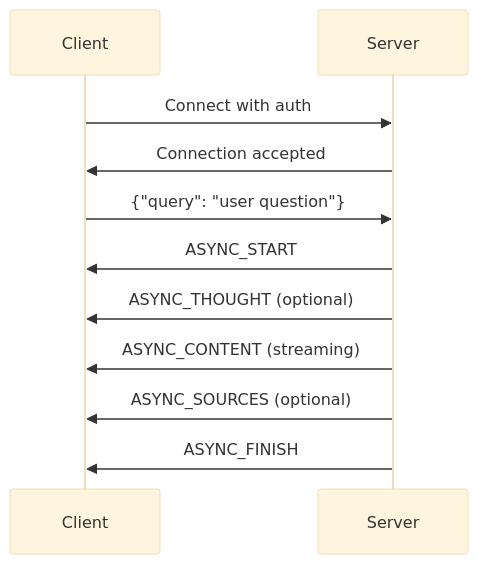
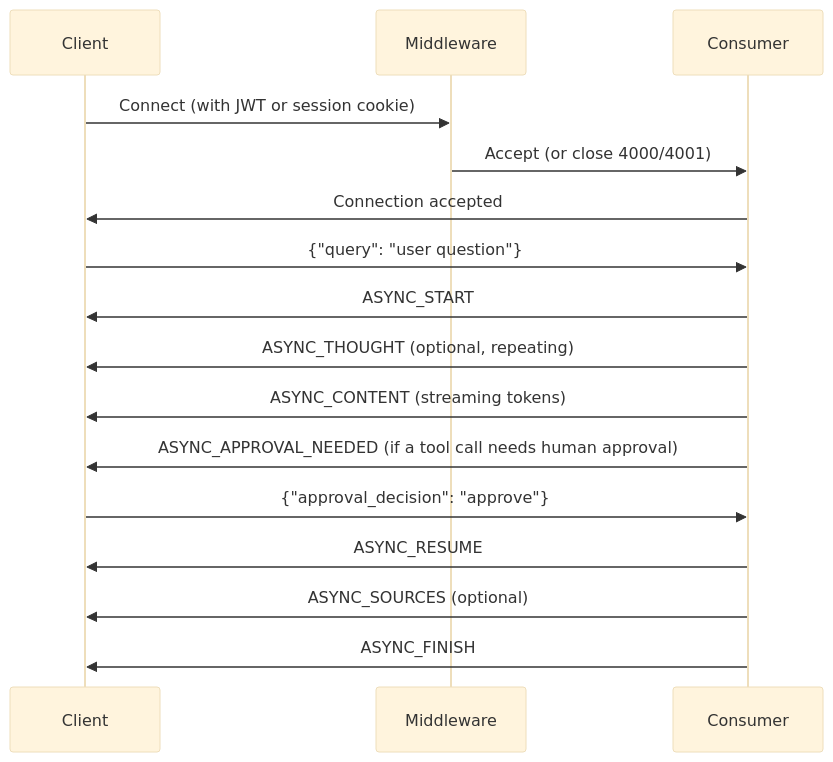
Before and after one commit to baichuanping/OpenContracts: the diagram in docs/architecture/websocket/protocol.md, drawn with Mermaid (base theme). The commit also changed other lines of this file and 15 other files, not shown here.

````diff
--- a/docs/architecture/websocket/protocol.md
+++ b/docs/architecture/websocket/protocol.md
@@ -120,11 +98,15 @@
 ```mermaid
 sequenceDiagram
-    Client->>Server: Connect with auth
-    Server->>Client: Connection accepted
-    Client->>Server: {"query": "user question"}
-    Server->>Client: ASYNC_START
-    Server->>Client: ASYNC_THOUGHT (optional)
-    Server->>Client: ASYNC_CONTENT (streaming)
-    Server->>Client: ASYNC_SOURCES (optional)
-    Server->>Client: ASYNC_FINISH
+    Client->>Middleware: Connect (with JWT or session cookie)
+    Middleware->>Consumer: Accept (or close 4000/4001)
+    Consumer->>Client: Connection accepted
+    Client->>Consumer: {"query": "user question"}
+    Consumer->>Client: ASYNC_START
+    Consumer->>Client: ASYNC_THOUGHT (optional, repeating)
+    Consumer->>Client: ASYNC_CONTENT (streaming tokens)
+    Consumer->>Client: ASYNC_APPROVAL_NEEDED (if a tool call needs human approval)
+    Client->>Consumer: {"approval_decision": "approve"}
+    Consumer->>Client: ASYNC_RESUME
+    Consumer->>Client: ASYNC_SOURCES (optional)
+    Consumer->>Client: ASYNC_FINISH
 ```
````
